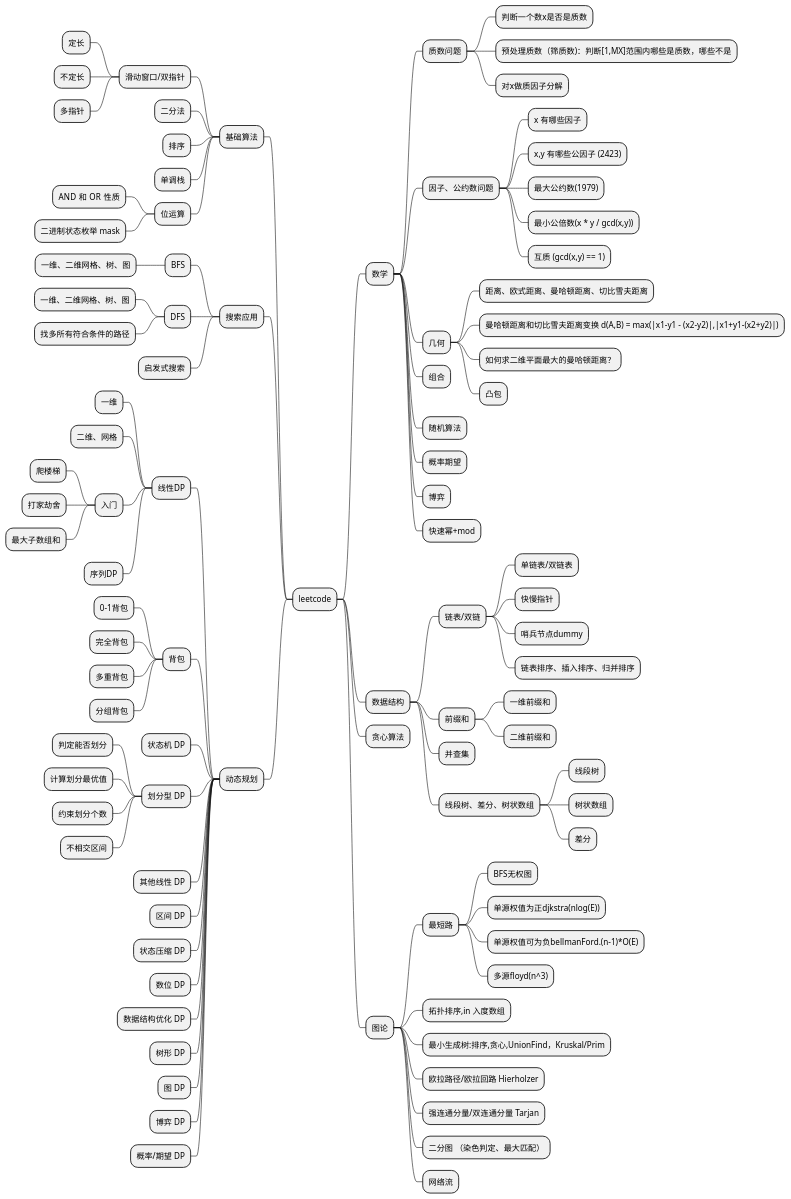
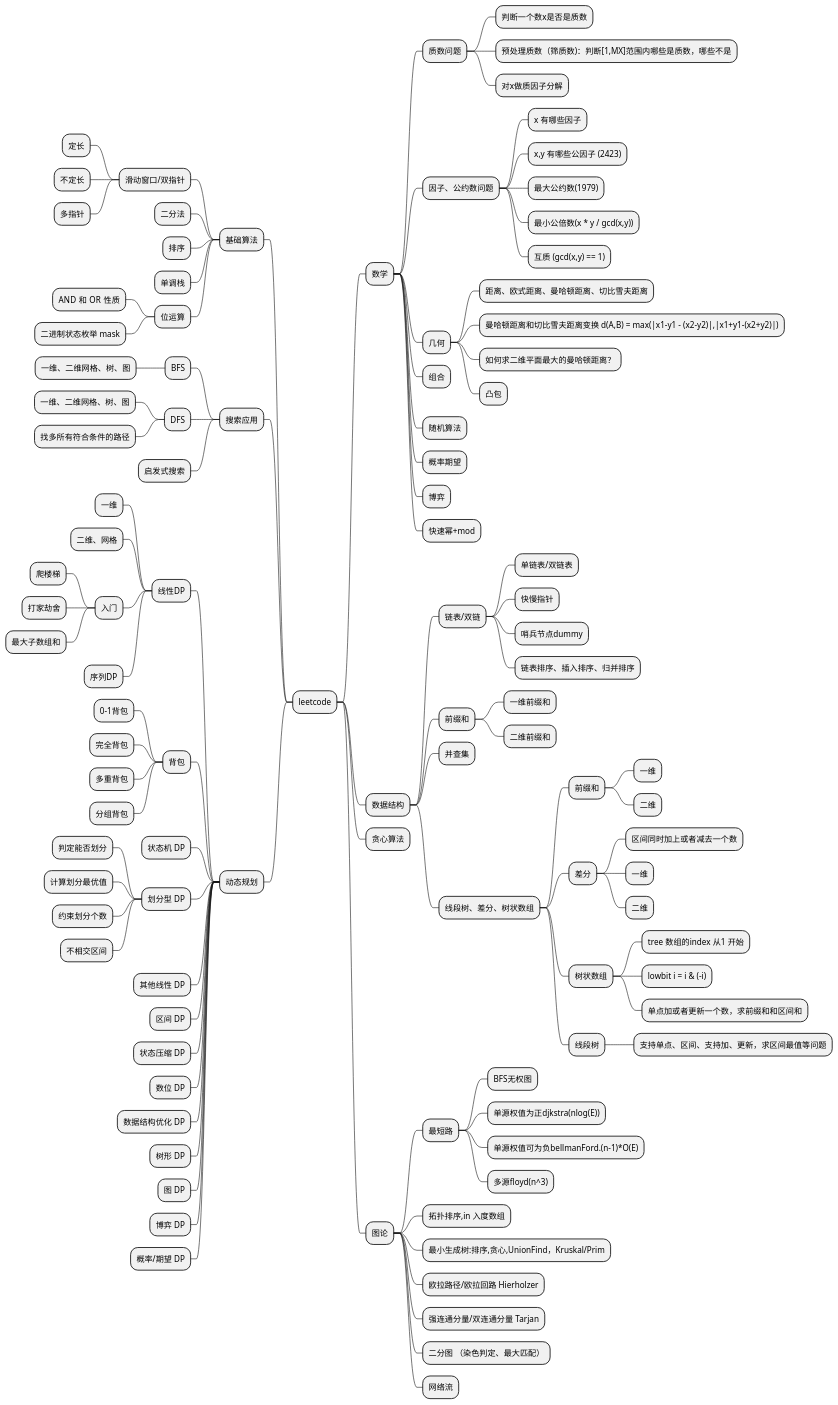
One commit to wxquare/leetcode-primer changed the diagram in mind.puml. Above: the diagram before and after it, drawn with PlantUML. The commit also changed 1 other file, not shown here.

Commit message:
update segment tree

```diff
--- a/mind.puml
+++ b/mind.puml
@@ -1,123 +1,135 @@
 @startmindmap
 * leetcode
 ** 数学
 *** 质数问题
 **** 判断一个数x是否是质数
 **** 预处理质数（筛质数)：判断[1,MX]范围内哪些是质数，哪些不是
 **** 对x做质因子分解
 *** 因子、公约数问题
 **** x 有哪些因子
 **** x,y 有哪些公因子 (2423)
 **** 最大公约数(1979)
 **** 最小公倍数(x * y / gcd(x,y))
 **** 互质 (gcd(x,y) == 1)
 *** 几何
 **** 距离、欧式距离、曼哈顿距离、切比雪夫距离
 **** 曼哈顿距离和切比雪夫距离变换 d(A,B) = max(|x1-y1 - (x2-y2)|,|x1+y1-(x2+y2)|)
 **** 如何求二维平面最大的曼哈顿距离？
 **** 凸包
 *** 组合
 *** 随机算法
 *** 概率期望
 *** 博弈
 *** 快速幂+mod
 
 
 ** 数据结构
 *** 链表/双链
 **** 单链表/双链表
 **** 快慢指针
 **** 哨兵节点dummy
 **** 链表排序、插入排序、归并排序
 
 *** 前缀和
 **** 一维前缀和
 **** 二维前缀和
 
 *** 并查集
 
 *** 线段树、差分、树状数组
+**** 前缀和
+***** 一维
+***** 二维
+**** 差分
+***** 区间同时加上或者减去一个数
+***** 一维
+***** 二维
+**** 树状数组
+***** tree 数组的index 从1 开始
+***** lowbit i = i & (-i)
+***** 单点加或者更新一个数，求前缀和和区间和
 **** 线段树
-**** 树状数组
-**** 差分
+***** 支持单点、区间、支持加、更新，求区间最值等问题
+
+
 
 
 
 ** 贪心算法
 
 ** 图论
 *** 最短路
 **** BFS无权图
 **** 单源权值为正djkstra(nlog(E))
 **** 单源权值可为负bellmanFord.(n-1)*O(E)
 **** 多源floyd(n^3)
 
 *** 拓扑排序,in 入度数组
 
 *** 最小生成树:排序,贪心,UnionFind，Kruskal/Prim
 
 *** 欧拉路径/欧拉回路 Hierholzer
 
 *** 强连通分量/双连通分量 Tarjan
 
 *** 二分图 （染色判定、最大匹配）
 
 *** 网络流
 
 
 left side
 
 ** 基础算法
 
 *** 滑动窗口/双指针
 **** 定长
 **** 不定长
 **** 多指针
 *** 二分法
 *** 排序
 *** 单调栈
 *** 位运算
 **** AND 和 OR  性质
 **** 二进制状态枚举 mask
 
 ** 搜索应用
 *** BFS
 **** 一维、二维网格、树、图
 *** DFS
 **** 一维、二维网格、树、图
 **** 找多所有符合条件的路径
 *** 启发式搜索
 
 ** 动态规划
 *** 线性DP
 **** 一维
 **** 二维、网格
 **** 入门
 ***** 爬楼梯
 ***** 打家劫舍
 ***** 最大子数组和
 **** 序列DP
 
 *** 背包
 **** 0-1背包
 **** 完全背包
 **** 多重背包
 **** 分组背包
 
 *** 状态机 DP
 *** 划分型 DP
 **** 判定能否划分
 **** 计算划分最优值
 **** 约束划分个数
 **** 不相交区间
 *** 其他线性 DP
 *** 区间 DP
 *** 状态压缩 DP
 *** 数位 DP
 *** 数据结构优化 DP
 *** 树形 DP
 *** 图 DP
 *** 博弈 DP
 *** 概率/期望 DP
 
 @endmindmap
```
